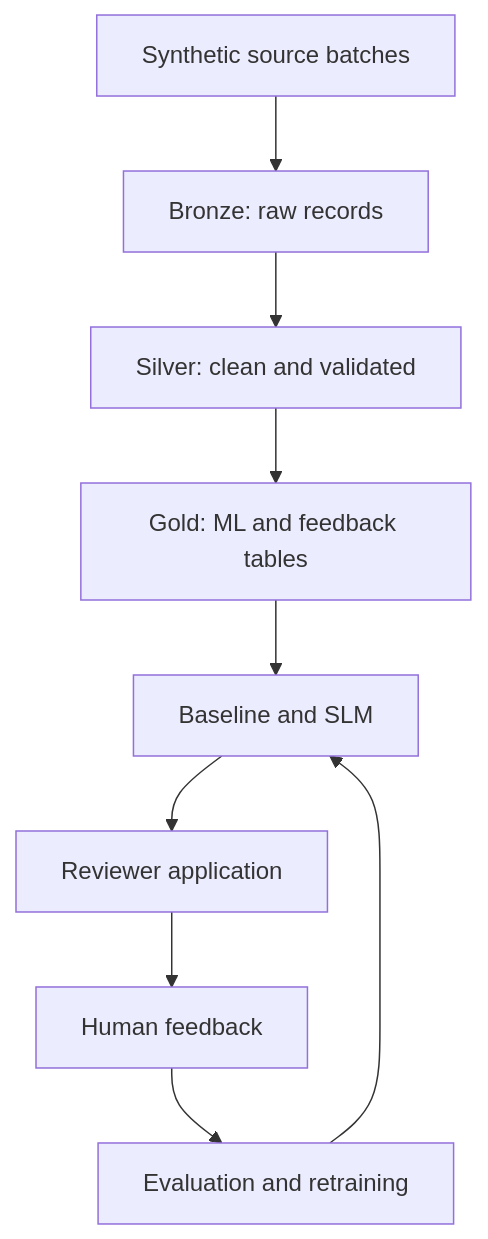
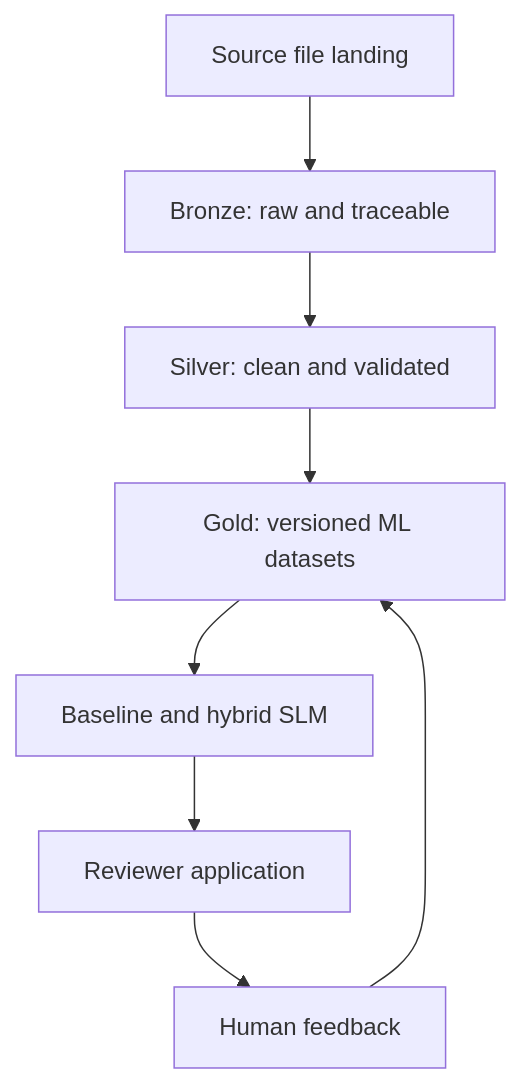
The diagram in README.md (terziceh/workorder-ai-flywheel), drawn with Mermaid before and after one commit. The commit also changed other lines of this file, not shown here.

Commit message:
docs: align walkthrough with Databricks and ML build sequence

````diff
--- a/README.md
+++ b/README.md
@@ -37,11 +37,10 @@
 ```mermaid
 flowchart TD
-    A["Synthetic source batches"] --> B["Bronze: raw records"]
+    A["Source file landing"] --> B["Bronze: raw and traceable"]
     B --> C["Silver: clean and validated"]
-    C --> D["Gold: ML and feedback tables"]
-    D --> E["Baseline and SLM"]
+    C --> D["Gold: versioned ML datasets"]
+    D --> E["Baseline and hybrid SLM"]
     E --> F["Reviewer application"]
     F --> G["Human feedback"]
-    G --> H["Evaluation and retraining"]
-    H --> E
+    G --> D
 ```
````
